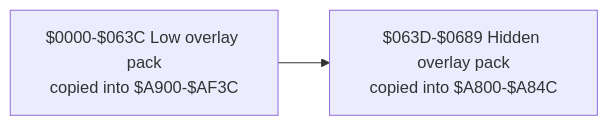
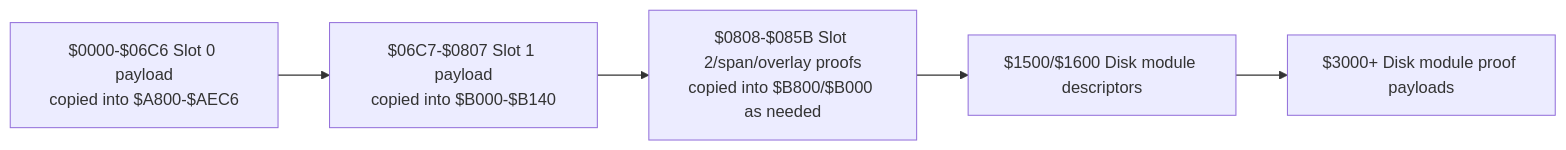
The third of 8 diagrams in src/apps/readybasic/READYBASIC_LIFECYCLE_AND_REU_ARCHITECTURE.md (123Onetwothree123/6502), drawn with Mermaid before and after one commit. The commit also changed other lines of this file and 10 other files, not shown here.

Commit message:
docs: update ReadyBASIC memory diagrams

````diff
--- a/src/apps/readybasic/READYBASIC_LIFECYCLE_AND_REU_ARCHITECTURE.md
+++ b/src/apps/readybasic/READYBASIC_LIFECYCLE_AND_REU_ARCHITECTURE.md
@@ -301,6 +311,9 @@
 ```mermaid
 flowchart LR
-  LP["$0000-$063C Low overlay pack<br/>copied into $A900-$AF3C"]
-  HP["$063D-$0689 Hidden overlay pack<br/>copied into $A800-$A84C"]
-  LP --> HP
+  S0["$0000-$06C6 Slot 0 payload<br/>copied into $A800-$AEC6"]
+  S1["$06C7-$0807 Slot 1 payload<br/>copied into $B000-$B140"]
+  S2["$0808-$085B Slot 2/span/overlay proofs<br/>copied into $B800/$B000 as needed"]
+  D1["$1500/$1600 Disk module descriptors"]
+  DP["$3000+ Disk module proof payloads"]
+  S0 --> S1 --> S2 --> D1 --> DP
 ```
````
